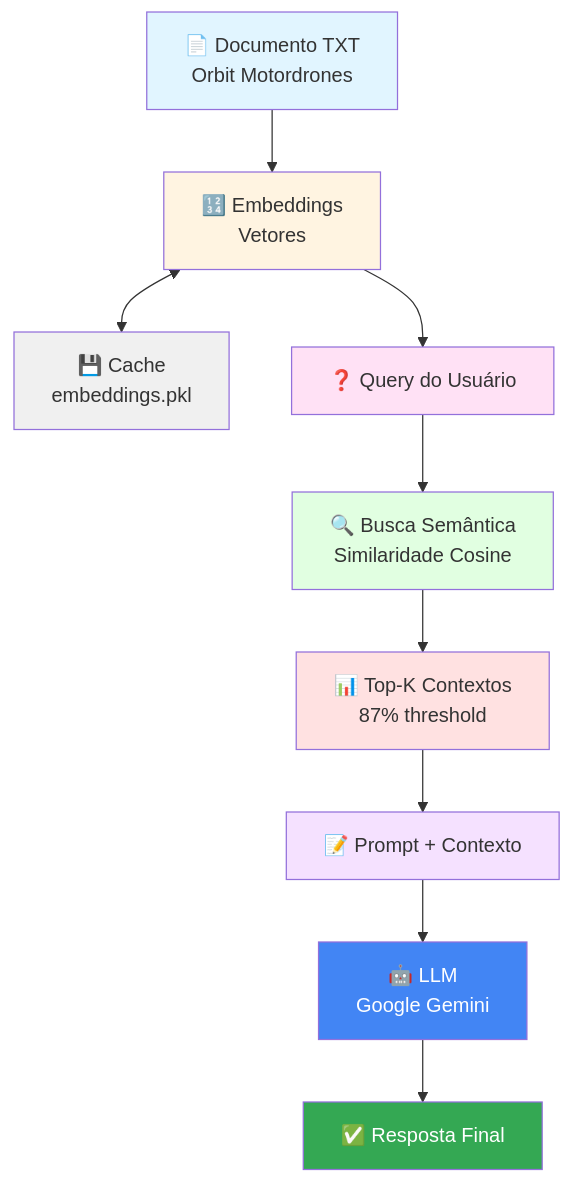
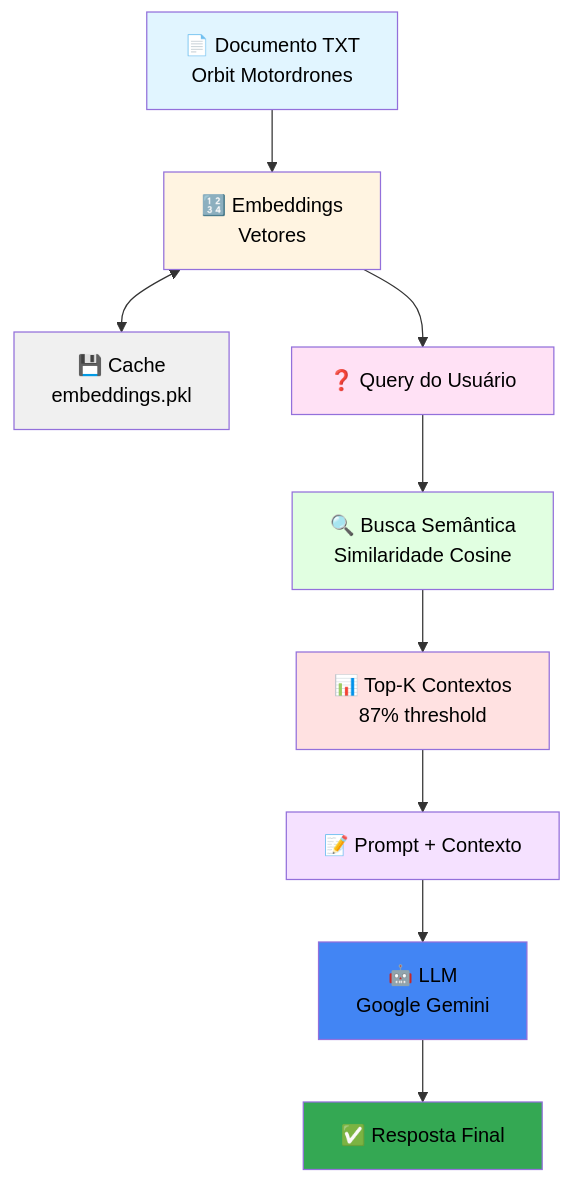
One commit to EvertonVaz/genAIDev changed the diagram in README.md. Above: the diagram before and after it, drawn with Mermaid. The commit also changed other lines of this file, not shown here.

````diff
--- a/README.md
+++ b/README.md
@@ -435,21 +426,20 @@
 ```mermaid
 graph TD
     A[📄 Documento TXT<br/>Orbit Motordrones] --> B[🔢 Embeddings<br/>Vetores]
     B <--> C[💾 Cache<br/>embeddings.pkl]
     B --> D[❓ Query do Usuário]
     D --> E[🔍 Busca Semântica<br/>Similaridade Cosine]
     E --> F[📊 Top-K Contextos<br/>87% threshold]
     F --> G[📝 Prompt + Contexto]
     G --> H[🤖 LLM<br/>Google Gemini]
     H --> I[✅ Resposta Final]
-
-    style A fill:#e1f5ff
-    style B fill:#fff4e1
-    style C fill:#f0f0f0
-    style D fill:#ffe1f5
-    style E fill:#e1ffe1
-    style F fill:#ffe1e1
-    style G fill:#f5e1ff
-    style H fill:#4285f4,color:#fff
-    style I fill:#34a853,color:#fff
+    style A fill:#e1f5ff,color:#000
+    style B fill:#fff4e1,color:#000
+    style C fill:#f0f0f0,color:#000
+    style D fill:#ffe1f5,color:#000
+    style E fill:#e1ffe1,color:#000
+    style F fill:#ffe1e1,color:#000
+    style G fill:#f5e1ff,color:#000
+    style H fill:#4285f4,color:#000
+    style I fill:#34a853,color:#000
 ```
````
